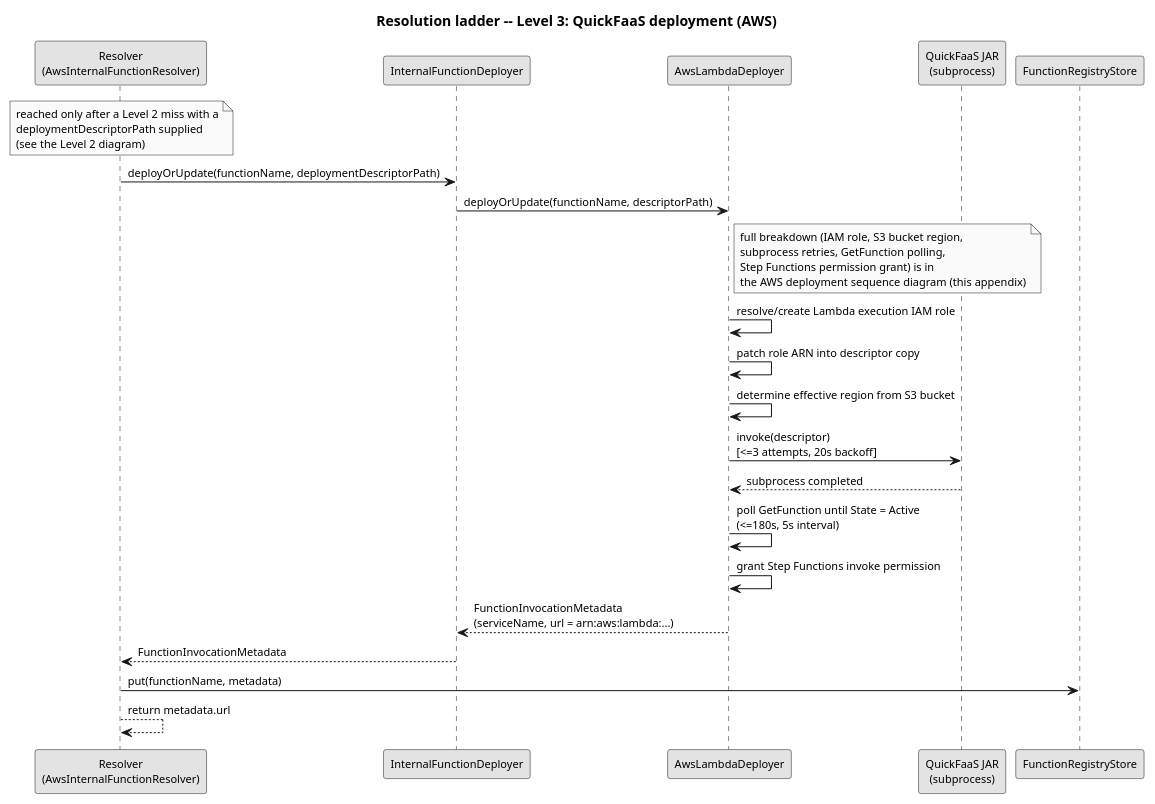
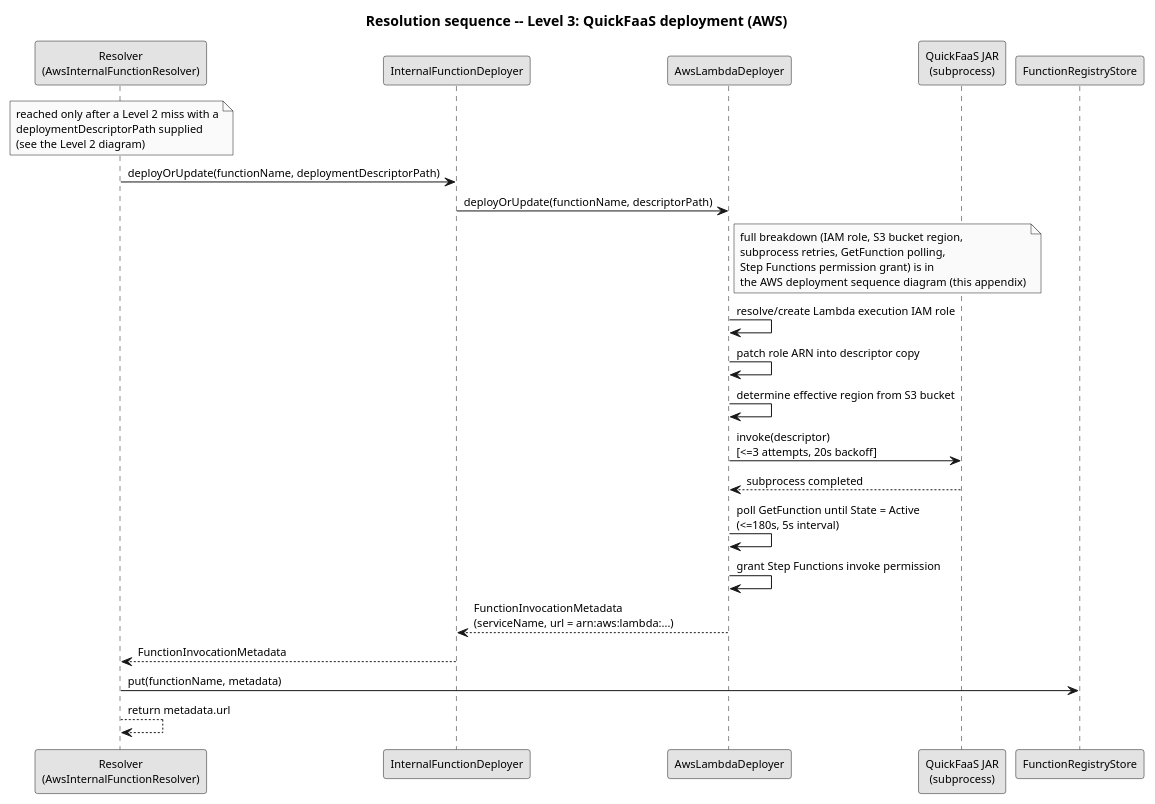
Before and after one commit to EngenheiroPedroCarvalho/ISEL-Thesis-2526: the diagram in diagrams/resolution-cascade-level3-aws.puml, drawn with PlantUML. The commit also changed 34 other files, not shown here.

```diff
--- a/diagrams/resolution-cascade-level3-aws.puml
+++ b/diagrams/resolution-cascade-level3-aws.puml
@@ -1,39 +1,39 @@
 @startuml resolution-cascade-level3-aws
 skinparam monochrome true
 skinparam shadowing false
 skinparam defaultFontSize 11
-title Resolution ladder -- Level 3: QuickFaaS deployment (AWS)
+title Resolution sequence -- Level 3: QuickFaaS deployment (AWS)
 
 participant "Resolver\n(AwsInternalFunctionResolver)" as R
 participant "InternalFunctionDeployer" as D
 participant "AwsLambdaDeployer" as ALD
 participant "QuickFaaS JAR\n(subprocess)" as QF
 participant "FunctionRegistryStore" as REG
 
 note over R
   reached only after a Level 2 miss with a
   deploymentDescriptorPath supplied
   (see the Level 2 diagram)
 end note
 
 R -> D : deployOrUpdate(functionName, deploymentDescriptorPath)
 D -> ALD : deployOrUpdate(functionName, descriptorPath)
 note right of ALD
   full breakdown (IAM role, S3 bucket region,
   subprocess retries, GetFunction polling,
   Step Functions permission grant) is in
   the AWS deployment sequence diagram (this appendix)
 end note
 ALD -> ALD : resolve/create Lambda execution IAM role
 ALD -> ALD : patch role ARN into descriptor copy
 ALD -> ALD : determine effective region from S3 bucket
 ALD -> QF : invoke(descriptor)\n[<=3 attempts, 20s backoff]
 QF --> ALD : subprocess completed
 ALD -> ALD : poll GetFunction until State = Active\n(<=180s, 5s interval)
 ALD -> ALD : grant Step Functions invoke permission
 ALD --> D : FunctionInvocationMetadata\n(serviceName, url = arn:aws:lambda:...)
 
 D --> R : FunctionInvocationMetadata
 R -> REG : put(functionName, metadata)
 R --> R : return metadata.url
 @enduml
```
